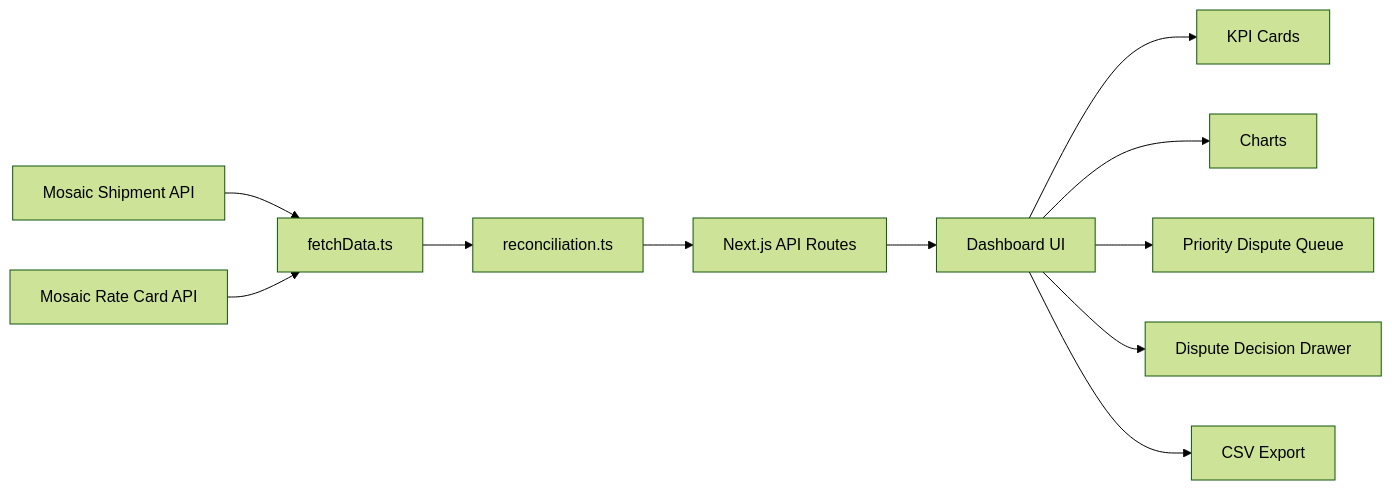
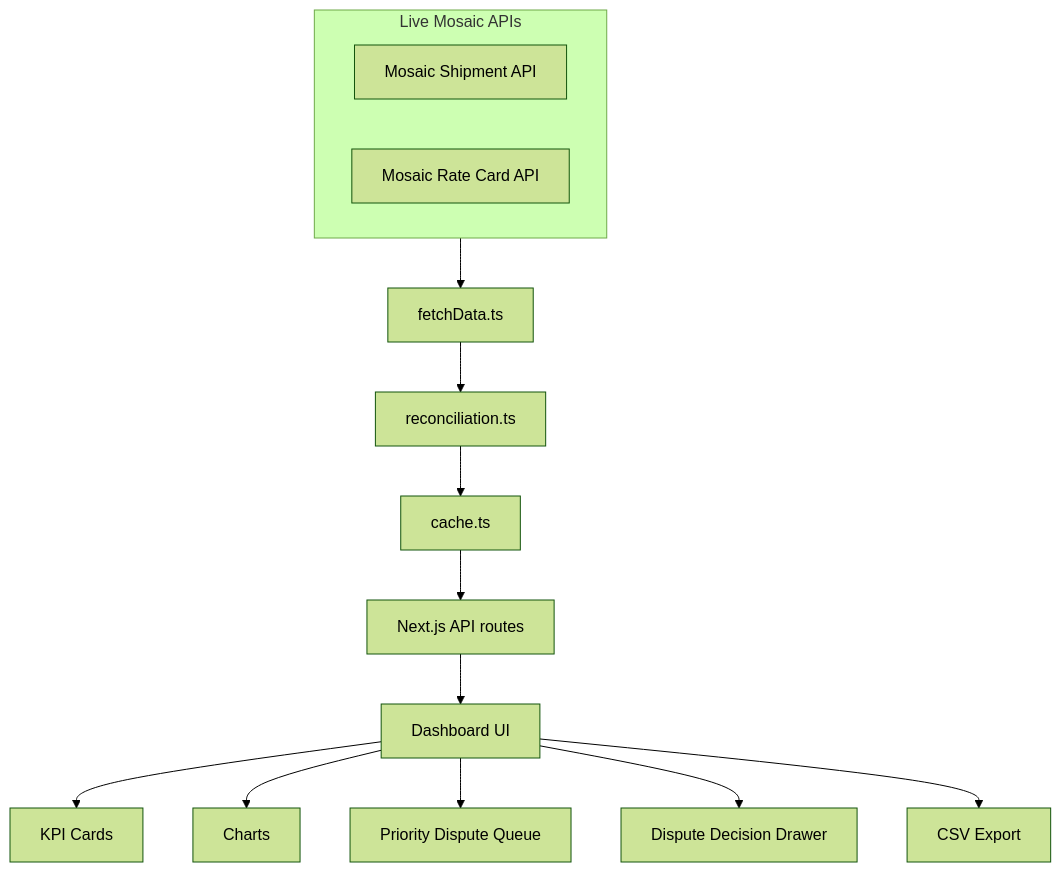
The diagram in README.md (karnapatel26/mosaic-logistics-auditor-copy-3), drawn with Mermaid (forest theme) before and after one commit. The commit also changed other lines of this file and 2 other files, not shown here.

````diff
--- a/README.md
+++ b/README.md
@@ -44,13 +55,19 @@
 ```mermaid
-flowchart LR
-  Shipments["Mosaic Shipment API"] --> Fetch["fetchData.ts"]
-  RateCard["Mosaic Rate Card API"] --> Fetch
+flowchart TD
+  subgraph Sources["Live Mosaic APIs"]
+    Shipments["Mosaic Shipment API"]
+    RateCard["Mosaic Rate Card API"]
+  end
+
+  Sources --> Fetch["fetchData.ts"]
   Fetch --> Reconcile["reconciliation.ts"]
-  Reconcile --> Api["Next.js API Routes"]
+  Reconcile --> Cache["cache.ts"]
+  Cache --> Api["Next.js API routes"]
   Api --> Dashboard["Dashboard UI"]
+
   Dashboard --> Kpis["KPI Cards"]
   Dashboard --> Charts["Charts"]
   Dashboard --> Queue["Priority Dispute Queue"]
   Dashboard --> Drawer["Dispute Decision Drawer"]
   Dashboard --> Csv["CSV Export"]
 ```
````
